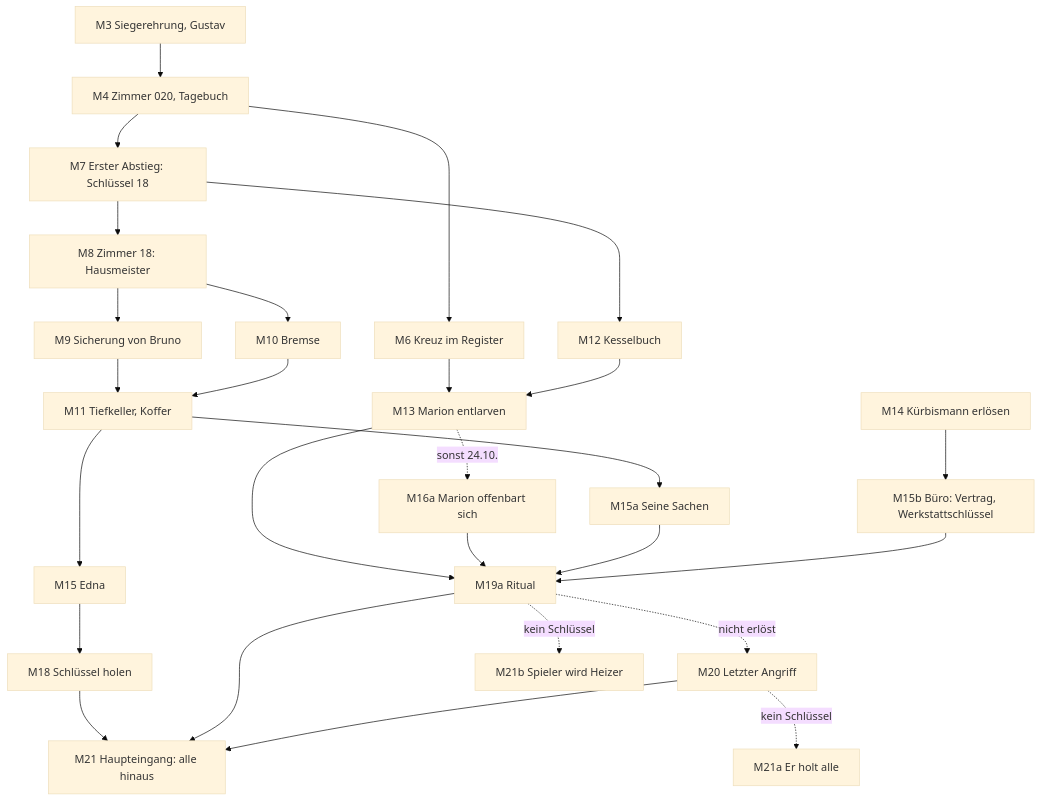
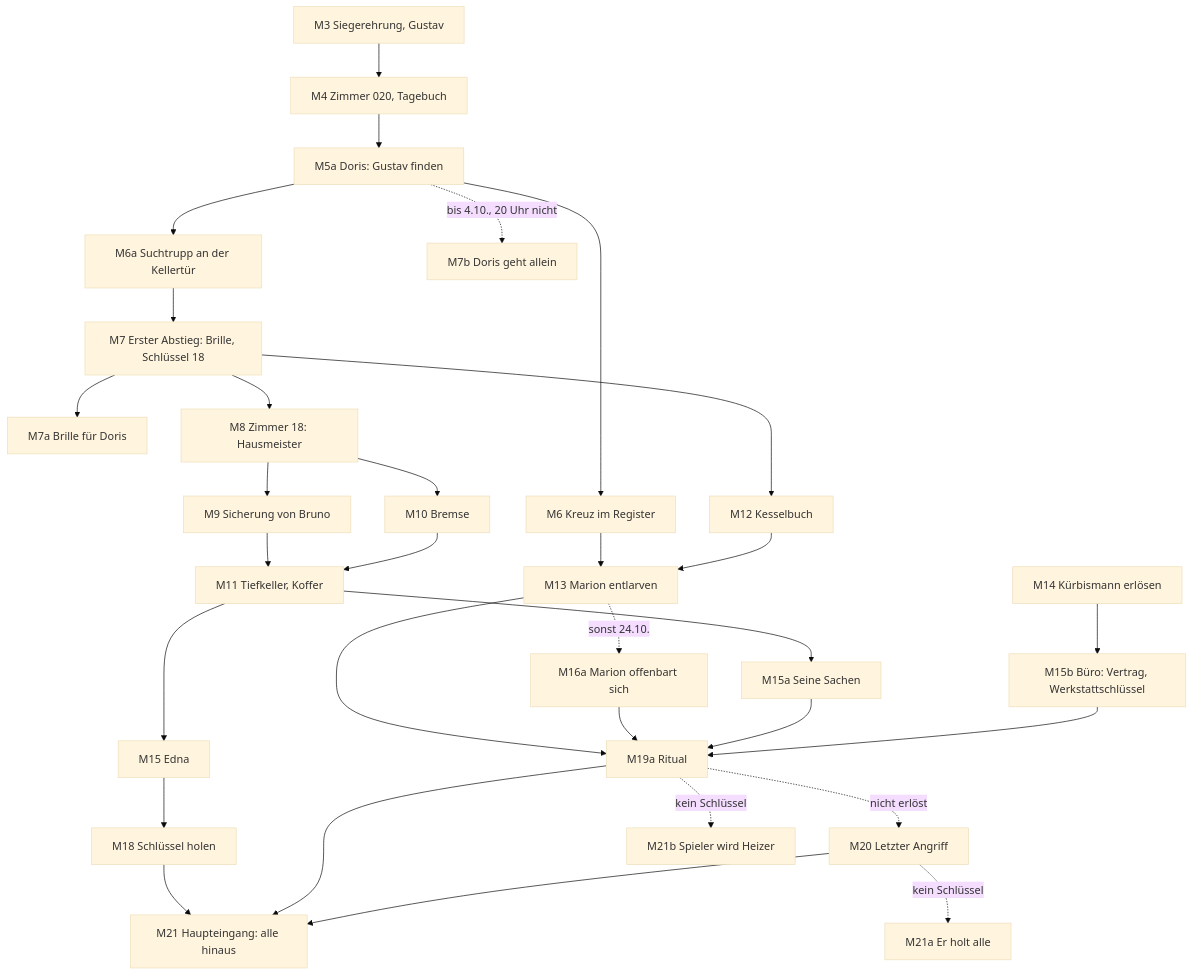
The diagram in HANDLUNG.md (vektorviktor/zimmer13), drawn with Mermaid (base theme) before and after one commit. The commit also changed other lines of this file and 5 other files, not shown here.

````diff
--- a/HANDLUNG.md
+++ b/HANDLUNG.md
@@ -93,29 +98,33 @@
 ```mermaid
 flowchart TD
   M3[M3 Siegerehrung, Gustav] --> M4[M4 Zimmer 020, Tagebuch]
-  M4 --> M6[M6 Kreuz im Register]
-  M4 --> M7[M7 Erster Abstieg: Schlüssel 18]
+  M4 --> M5a[M5a Doris: Gustav finden]
+  M5a --> M6[M6 Kreuz im Register]
+  M5a --> M6a[M6a Suchtrupp an der Kellertür]
+  M6a --> M7[M7 Erster Abstieg: Brille, Schlüssel 18]
+  M7 --> M7a[M7a Brille für Doris]
+  M5a -.->|bis 4.10., 20 Uhr nicht| M7b[M7b Doris geht allein]
   M7 --> M8[M8 Zimmer 18: Hausmeister]
   M8 --> M9[M9 Sicherung von Bruno]
   M8 --> M10[M10 Bremse]
   M9 --> M11[M11 Tiefkeller, Koffer]
   M10 --> M11
   M6 --> M13[M13 Marion entlarven]
   M7 --> M12[M12 Kesselbuch]
   M12 --> M13
   M13 -.->|sonst 24.10.| M16a[M16a Marion offenbart sich]
   M11 --> M15[M15 Edna]
   M11 --> M15a[M15a Seine Sachen]
   M14[M14 Kürbismann erlösen] --> M15b[M15b Büro: Vertrag, Werkstattschlüssel]
   M13 --> M19a[M19a Ritual]
   M16a --> M19a
   M15a --> M19a
   M15b --> M19a
   M19a -.->|nicht erlöst| M20[M20 Letzter Angriff]
   M15 --> M18[M18 Schlüssel holen]
   M18 --> M21[M21 Haupteingang: alle hinaus]
   M19a --> M21
   M20 --> M21
   M20 -.->|kein Schlüssel| M21a[M21a Er holt alle]
   M19a -.->|kein Schlüssel| M21b[M21b Spieler wird Heizer]
 ```
````
